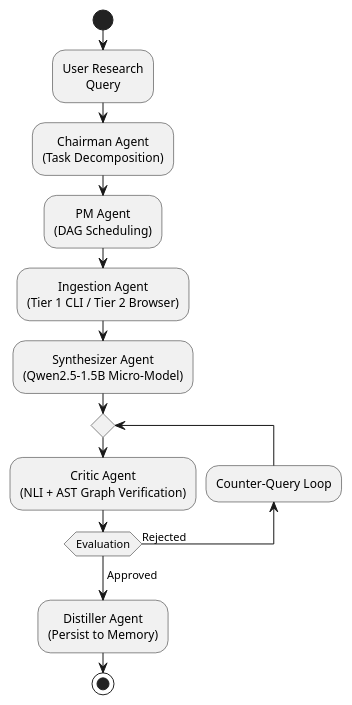
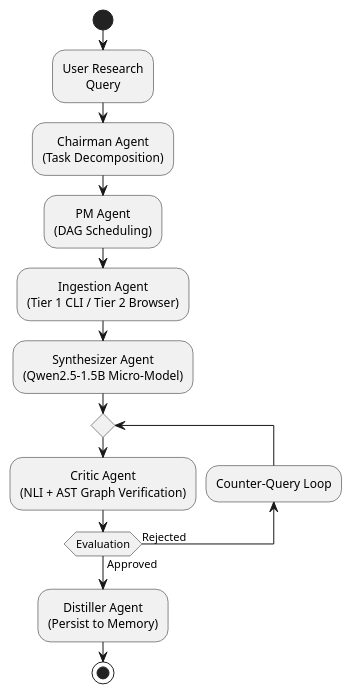
The second of 2 diagrams in README.md (Harshit004/yord), drawn with PlantUML before and after one commit.

Commit message:
Fix PlantUML syntax error in LangGraph diagram

````diff
--- a/README.md
+++ b/README.md
@@ -610,19 +610,18 @@
 ```plantuml
 @startuml
 skinparam defaultTextAlignment center
 
 start
 :User Research\nQuery;
 :Chairman Agent\n(Task Decomposition);
 :PM Agent\n(DAG Scheduling);
 :Ingestion Agent\n(Tier 1 CLI / Tier 2 Browser);
 :Synthesizer Agent\n(Qwen2.5-1.5B Micro-Model);
 repeat
   :Critic Agent\n(NLI + AST Graph Verification);
 backward:Counter-Query Loop;
-repeat while (Evaluation) is (Rejected)
--> Approved;
+repeat while (Evaluation) is (Rejected) not (Approved)
 :Distiller Agent\n(Persist to Memory);
 stop
 @enduml
 ```
````
